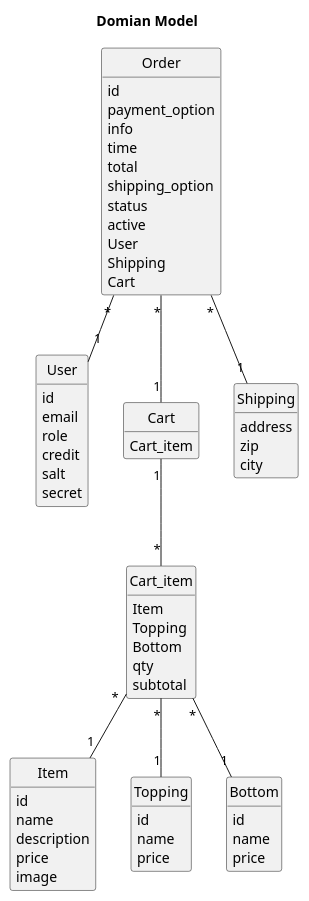
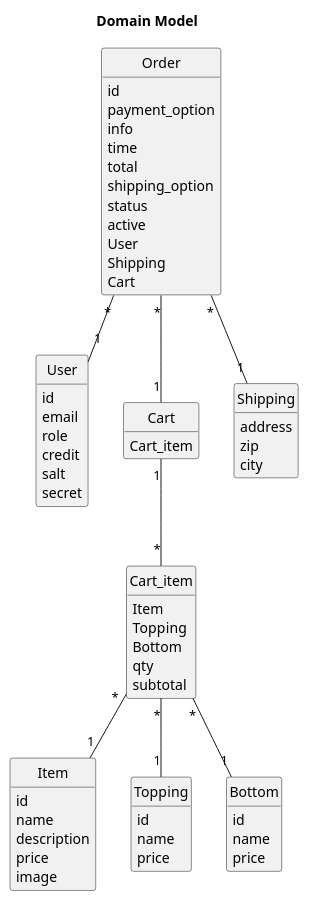
The diagram in src/main/UML/CupCake_Domain_Model.puml (ariktwena/CupCake_Onion), drawn with PlantUML before and after one commit. The commit also changed 4 other files, not shown here.

```diff
--- a/src/main/UML/CupCake_Domain_Model.puml
+++ b/src/main/UML/CupCake_Domain_Model.puml
@@ -1,80 +1,80 @@
 @startuml
-Title Domian Model
+Title Domain Model
 
 hide circle
 hide methods
 
 class User {
     id
     email
     role
     credit
     salt
     secret
 }
 
 class Item {
     id
     name
     description
     price
     image
 }
 
 class Topping {
     id
     name
     price
 }
 
 class Bottom {
     id
     name
     price
 }
 
 class Cart_item {
     Item
     Topping
     Bottom
     qty
     subtotal
 }
 
 class Cart {
     Cart_item
 }
 
 
 class Shipping {
     address
     zip
     city
 }
 
 class Order {
     id
     payment_option
     info
     time
     total
     shipping_option
     status
     active
     User
     Shipping
     Cart
 }
 
 Order "*" -- "1" Shipping
 Order "*" -- "1" User
 Order "*" -- "1" Cart
 Cart "1" -- "*" Cart_item
 Cart_item "*" -- "1" Topping
 Cart_item "*" -- "1" Bottom
 Cart_item "*" -- "1" Item
 
 
 
 
 @enduml
```
